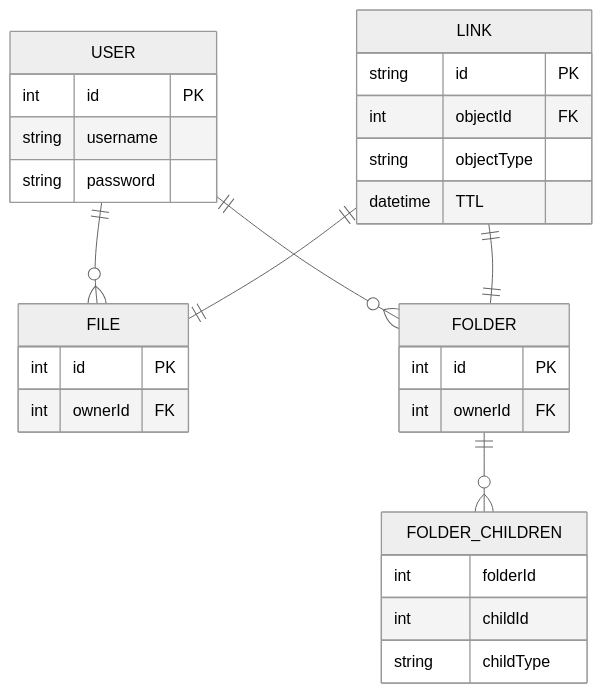
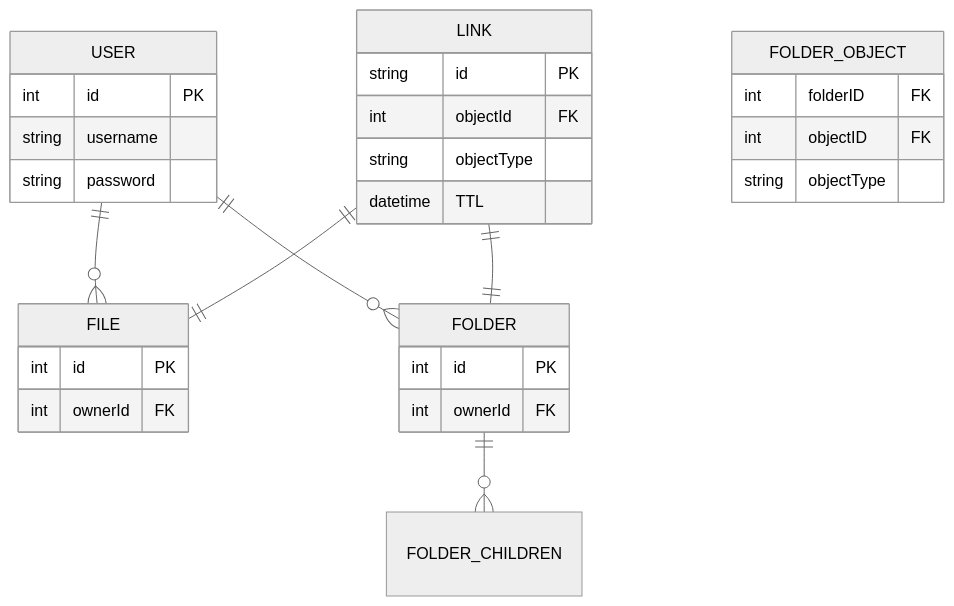
One commit to ernestviola/file-uploader changed the third of 3 diagrams in README.md. Above: the diagram before and after it, drawn with Mermaid (neutral theme). The commit also changed other lines of this file and 8 other files, not shown here.

````diff
--- a/README.md
+++ b/README.md
@@ -64,38 +80,38 @@
 ```mermaid
 erDiagram
   USER ||--o{FILE : ""
   USER ||--o{FOLDER : ""
   FOLDER ||--o{FOLDER_CHILDREN : ""
   LINK ||--||FOLDER:""
   LINK ||--||FILE:""
 
   USER {
     int id PK
     string username
     string password
   }
 
   FILE {
     int id PK
     int ownerId FK
   }
 
   FOLDER {
     int id PK
     int ownerId FK
   }
 
-  FOLDER_CHILDREN {
-    int folderId
-    int childId
-    string childType
+  FOLDER_OBJECT {
+    int folderID FK
+    int objectID FK
+    string objectType
   }
 
   LINK {
     string id PK
     int objectId FK
     string objectType
     datetime TTL
   }
 
 ```
````
